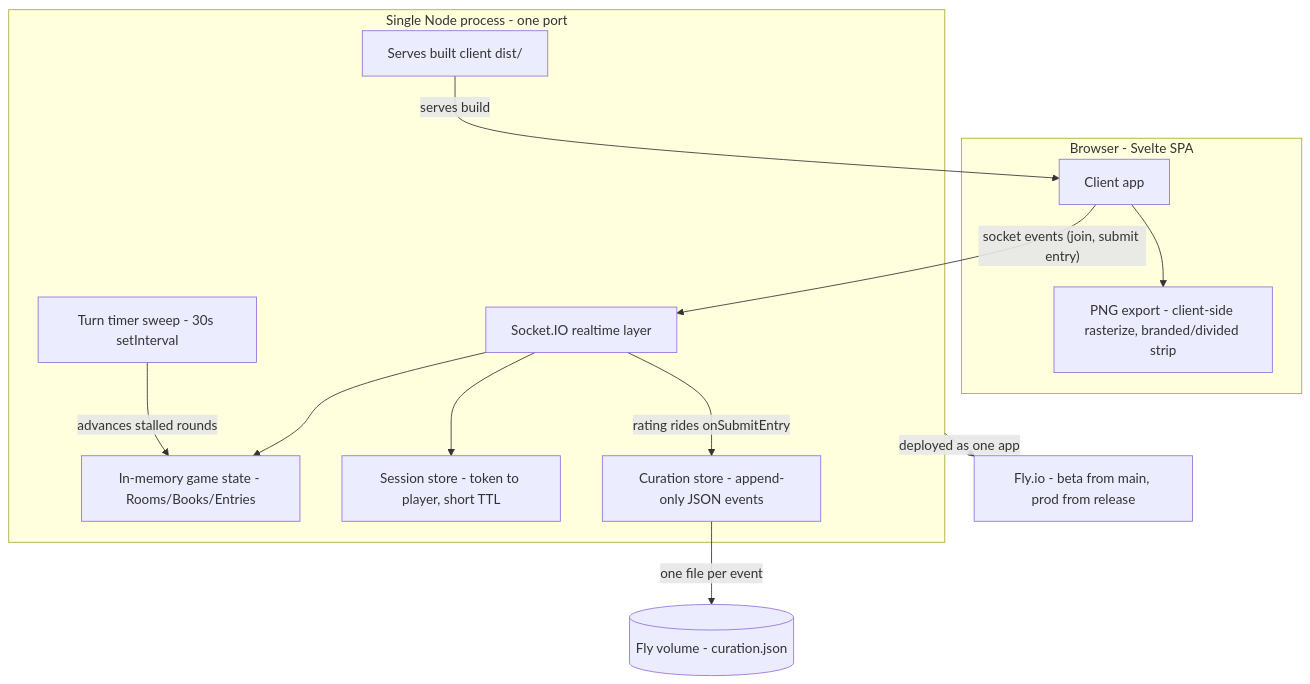
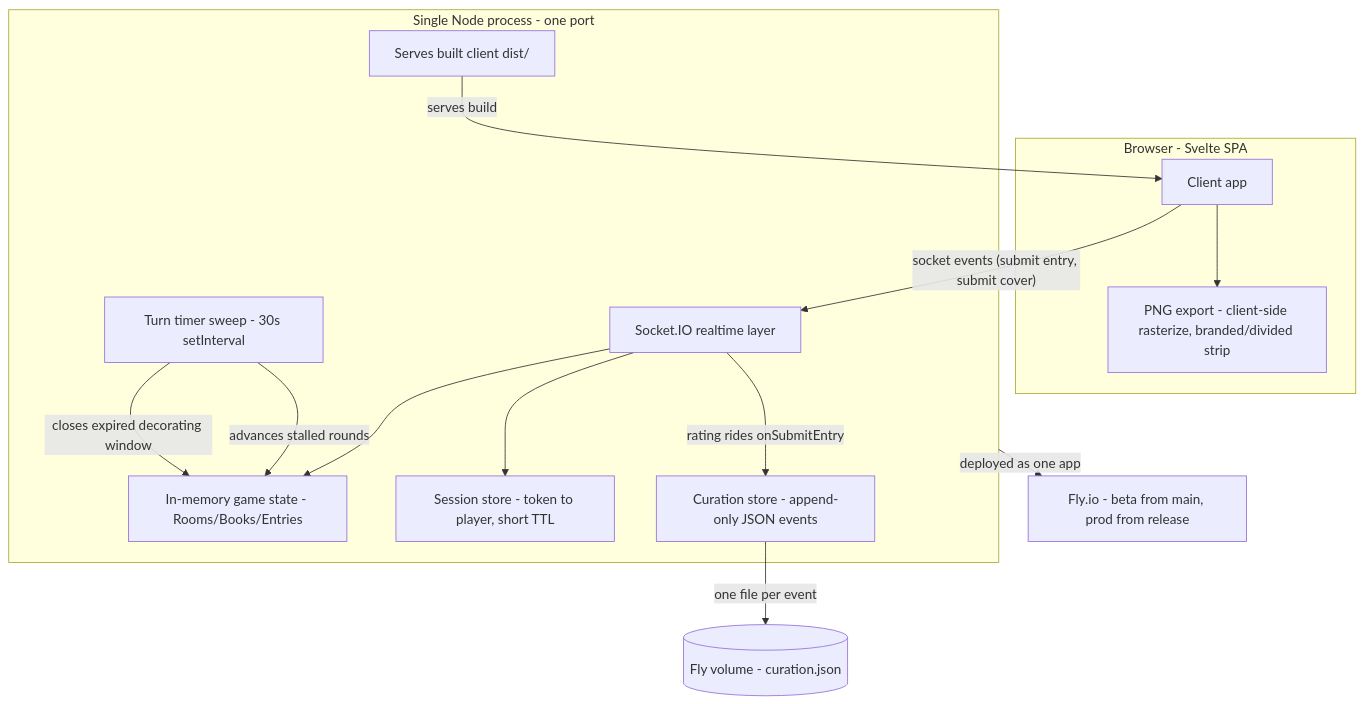
The second of 3 diagrams in README.md (moui72/exquisite-telephone), drawn with Mermaid before and after one commit. The commit also changed other lines of this file and 3 other files, not shown here.

First line of the commit message:
docs(project): regenerate all three diagrams for cover decoration

````diff
--- a/README.md
+++ b/README.md
@@ -211,29 +215,30 @@
 ```mermaid
 graph TD
     subgraph client[Browser - Svelte SPA]
         UI[Client app]
         PNG[PNG export - client-side rasterize, branded/divided strip]
     end
 
     subgraph proc[Single Node process - one port]
         SIO[Socket.IO realtime layer]
         STATIC[Serves built client dist/]
         STATE[In-memory game state - Rooms/Books/Entries]
         SESS[Session store - token to player, short TTL]
         SWEEP[Turn timer sweep - 30s setInterval]
         CUR[Curation store - append-only JSON events]
     end
 
     VOL[(Fly volume - curation.json)]
     FLY[Fly.io - beta from main, prod from release]
 
-    UI -->|"socket events (join, submit entry)"| SIO
+    UI -->|"socket events (submit entry, submit cover)"| SIO
     STATIC -->|serves build| UI
     SIO --> STATE
     SIO --> SESS
     SWEEP -->|advances stalled rounds| STATE
+    SWEEP -->|closes expired decorating window| STATE
     SIO -->|"rating rides onSubmitEntry"| CUR
     CUR -->|one file per event| VOL
     UI --> PNG
     proc -->|deployed as one app| FLY
 ```
````
